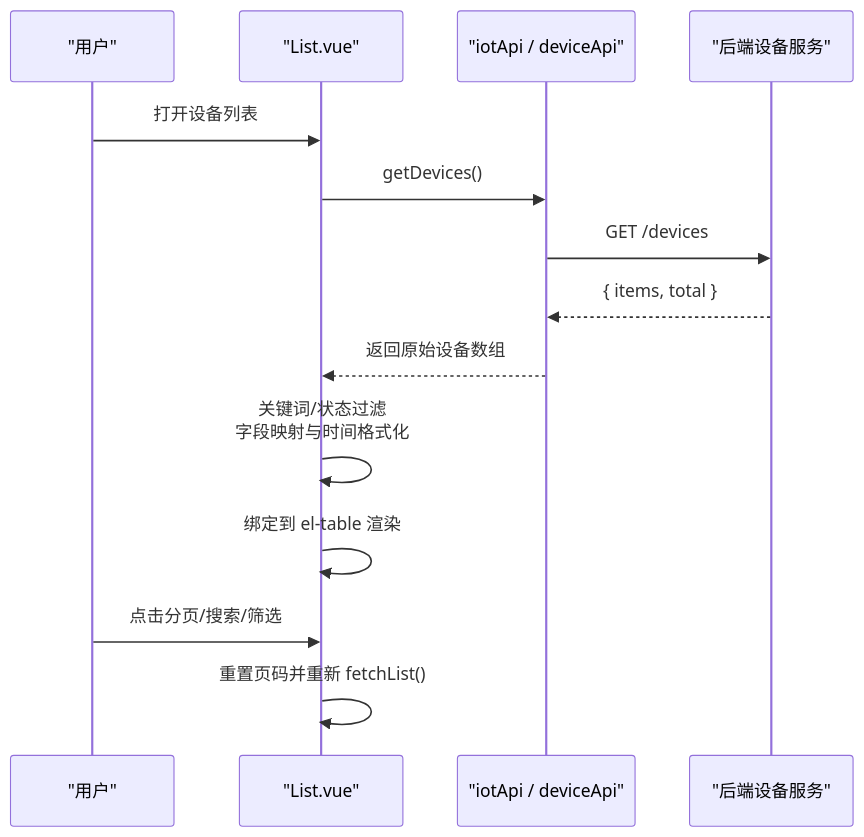
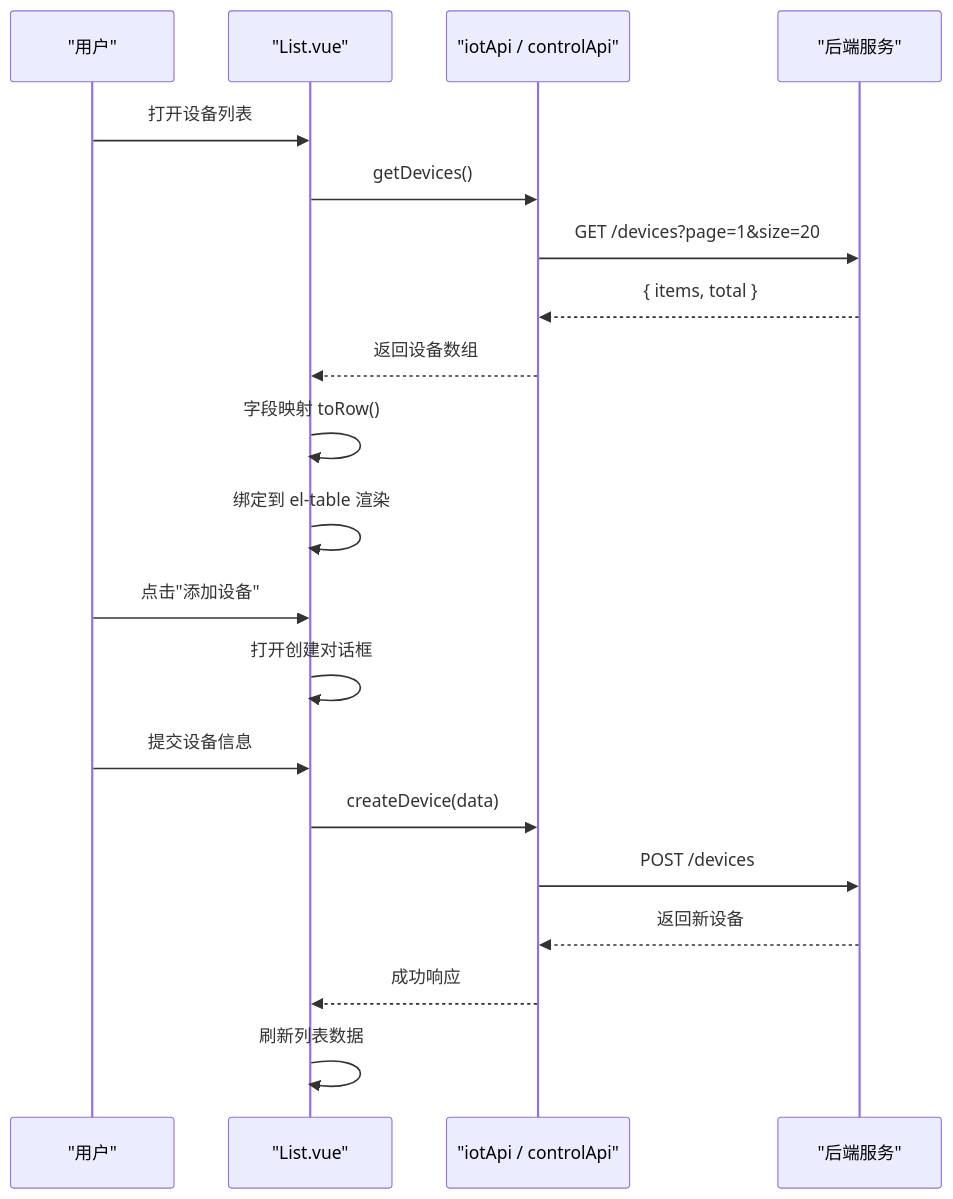
One commit to q446328246/agri-platform changed the second of 9 diagrams in .qoder/repowiki/zh/content/前端应用文档/核心页面/设备监控页面/设备列表页面.md. Above: the diagram before and after it, drawn with Mermaid. The commit also changed other lines of this file and 39 other files, not shown here.

````diff
--- a/.qoder/repowiki/zh/content/前端应用文档/核心页面/设备监控页面/设备列表页面.md
+++ b/.qoder/repowiki/zh/content/前端应用文档/核心页面/设备监控页面/设备列表页面.md
@@ -85,16 +117,22 @@
 ```mermaid
 sequenceDiagram
 participant User as "用户"
 participant View as "List.vue"
-participant Api as "iotApi / deviceApi"
-participant Server as "后端设备服务"
+participant Api as "iotApi / controlApi"
+participant Server as "后端服务"
 User->>View : 打开设备列表
 View->>Api : getDevices()
-Api->>Server : GET /devices
+Api->>Server : GET /devices?page=1&size=20
 Server-->>Api : { items, total }
-Api-->>View : 返回原始设备数组
-View->>View : 关键词/状态过滤<br/>字段映射与时间格式化
+Api-->>View : 返回设备数组
+View->>View : 字段映射 toRow()
 View->>View : 绑定到 el-table 渲染
-User->>View : 点击分页/搜索/筛选
-View->>View : 重置页码并重新 fetchList()
+User->>View : 点击"添加设备"
+View->>View : 打开创建对话框
+User->>View : 提交设备信息
+View->>Api : createDevice(data)
+Api->>Server : POST /devices
+Server-->>Api : 返回新设备
+Api-->>View : 成功响应
+View->>View : 刷新列表数据
 ```
````
